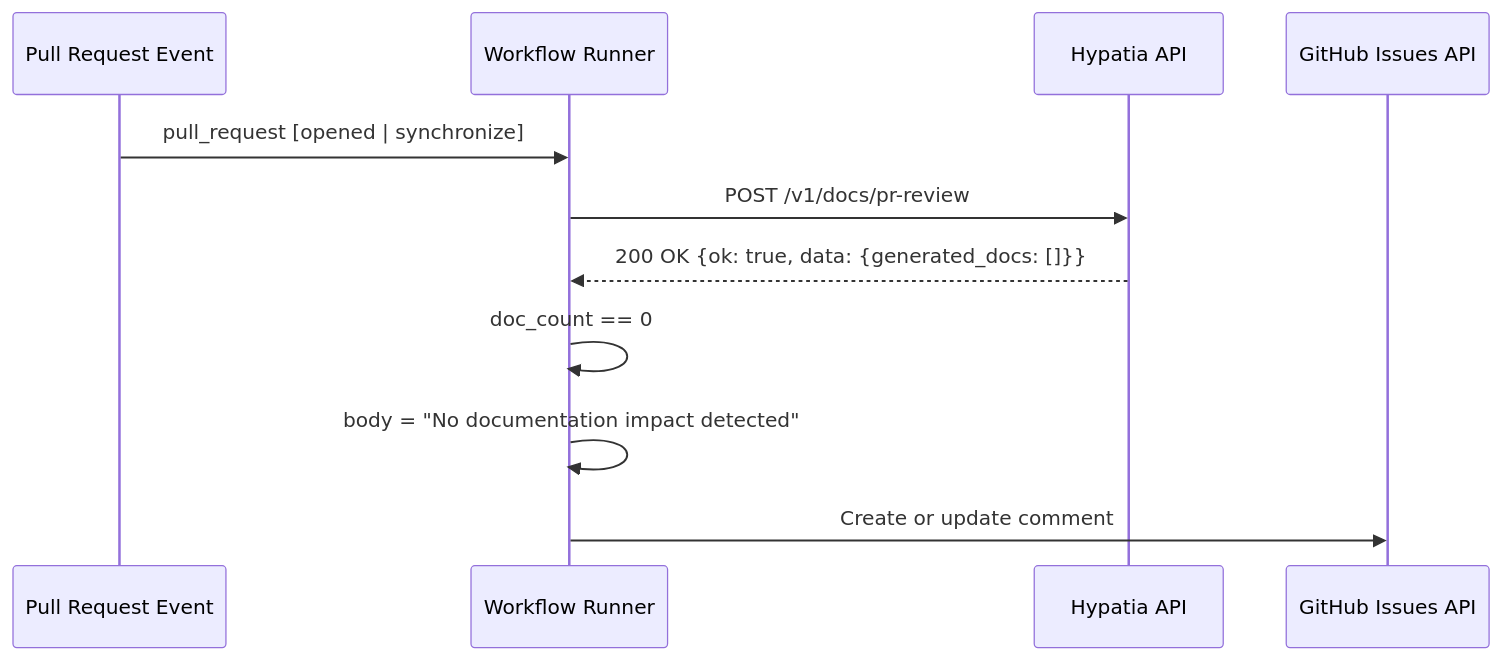
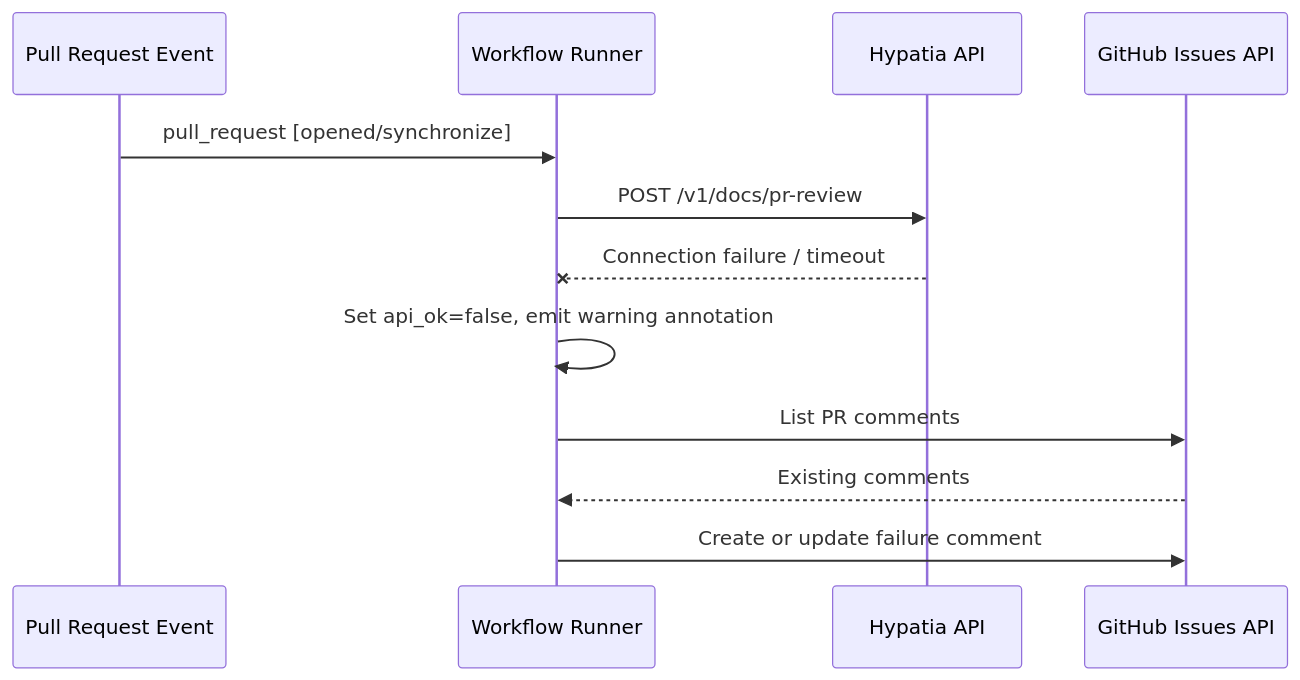
The third of 4 diagrams in docs/.github-workflows.md (cornelisnetworks/opa-psm2-tests), drawn with Mermaid before and after one commit. The commit also changed other lines of this file and 2 other files, not shown here.

Commit message:
docs: auto-generate documentation for PR #1 [skip ci]

````diff
--- a/docs/.github-workflows.md
+++ b/docs/.github-workflows.md
@@ -63,14 +64,15 @@
 ```mermaid
 sequenceDiagram
     participant PR as Pull Request Event
     participant WF as Workflow Runner
-    participant H as Hypatia API
+    participant API as Hypatia API
     participant GH as GitHub Issues API
 
-    PR->>WF: pull_request [opened | synchronize]
-    WF->>H: POST /v1/docs/pr-review
-    H-->>WF: 200 OK {ok: true, data: {generated_docs: []}}
-    WF->>WF: doc_count == 0
-    WF->>WF: body = "No documentation impact detected"
-    WF->>GH: Create or update comment
+    PR->>WF: pull_request [opened/synchronize]
+    WF->>API: POST /v1/docs/pr-review
+    API--xWF: Connection failure / timeout
+    WF->>WF: Set api_ok=false, emit warning annotation
+    WF->>GH: List PR comments
+    GH-->>WF: Existing comments
+    WF->>GH: Create or update failure comment
 ```
````
